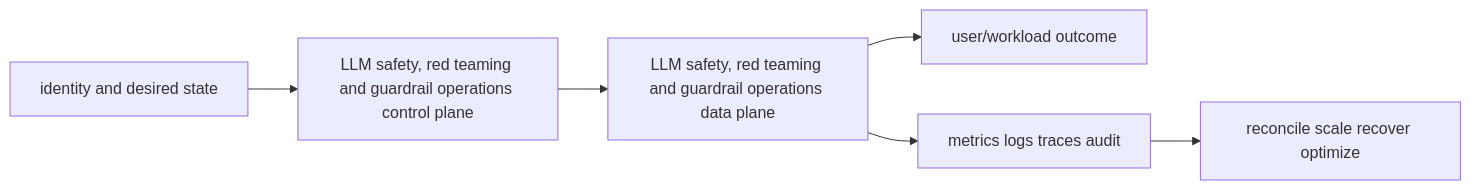
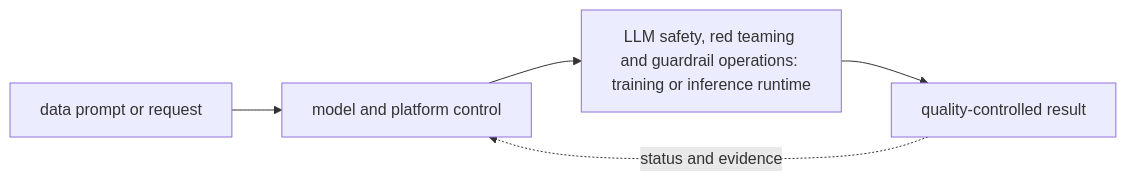
The diagram in 11-ai-platform/08-mlops-and-llmops-lifecycle/23-safety-redteam-guardrails/README.md (tomkidumbuyo/DevOps-interview-preparation), drawn with Mermaid before and after one commit. The commit also changed other lines of this file and 753 other files, not shown here.

````diff
--- a/11-ai-platform/08-mlops-and-llmops-lifecycle/23-safety-redteam-guardrails/README.md
+++ b/11-ai-platform/08-mlops-and-llmops-lifecycle/23-safety-redteam-guardrails/README.md
@@ -19,8 +31,7 @@
 ```mermaid
 flowchart LR
-  I[identity and desired state] --> C[LLM safety, red teaming and guardrail operations control plane]
-  C --> D[LLM safety, red teaming and guardrail operations data plane]
-  D --> U[user/workload outcome]
-  D --> O[metrics logs traces audit]
-  O --> R[reconcile scale recover optimize]
+  A["data prompt or request"] --> B["model and platform control"]
+  B --> C["LLM safety, red teaming and guardrail operations: training or inference runtime"]
+  C --> D["quality-controlled result"]
+  D -. "status and evidence" .-> B
 ```
````
